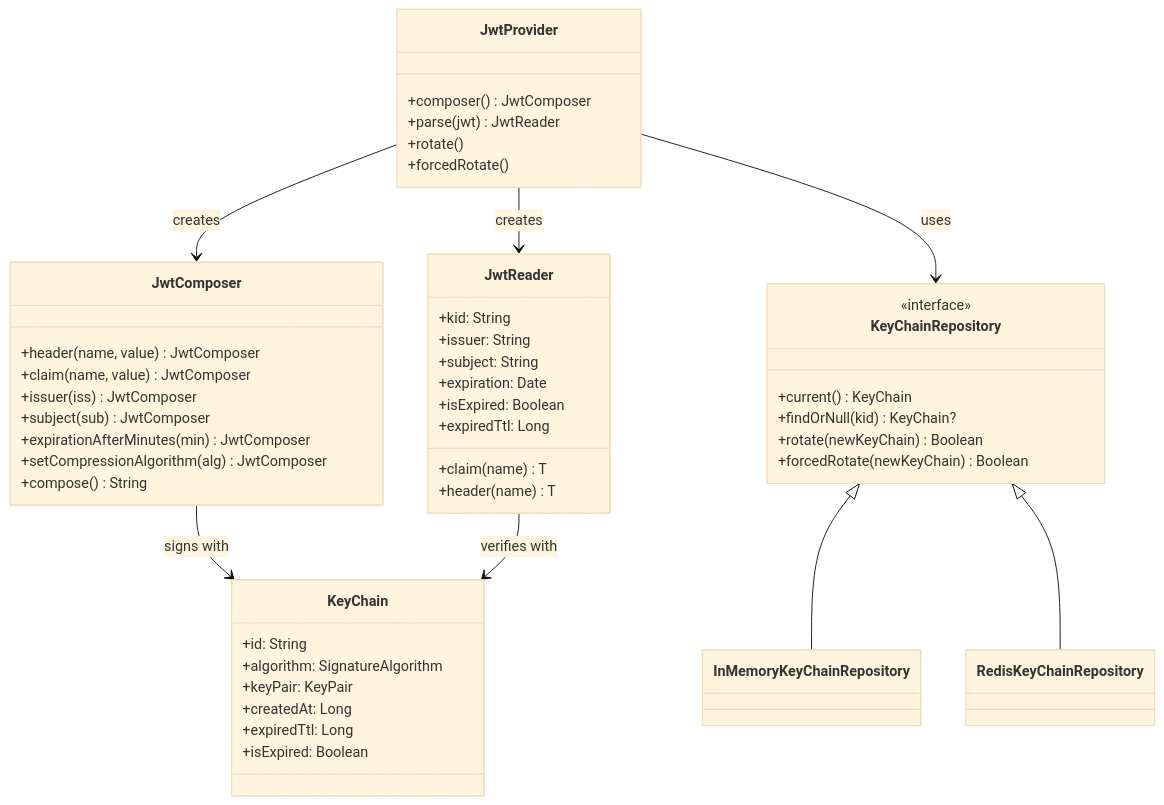
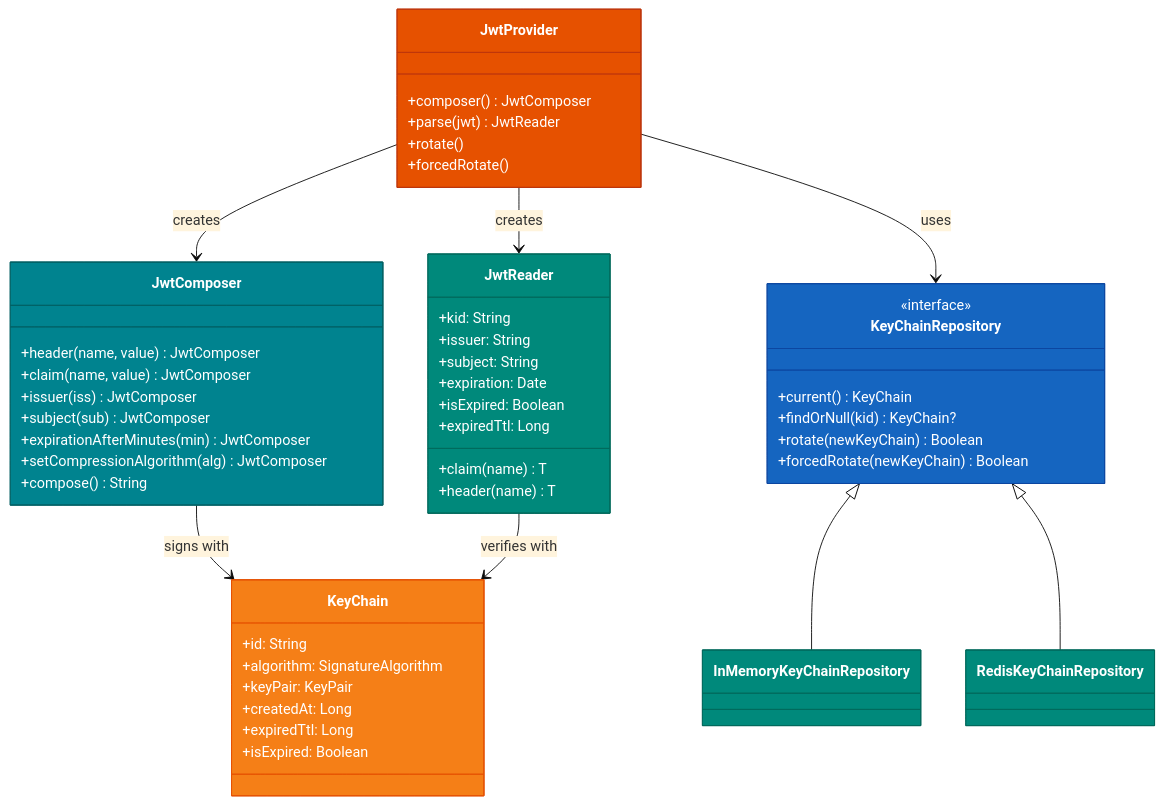
One commit to bluetape4k/bluetape4k-projects changed the second of 2 diagrams in utils/jwt/README.ko.md. Above: the diagram before and after it, drawn with Mermaid (base theme). The commit also changed other lines of this file and 221 other files, not shown here.

First line of the commit message:
docs: 전체 모듈 README UML 다이어그램 보강 및 색상 업그레이드

````diff
--- a/utils/jwt/README.ko.md
+++ b/utils/jwt/README.ko.md
@@ -49,53 +65,61 @@
 ```mermaid
 classDiagram
     class JwtProvider {
         +composer() JwtComposer
         +parse(jwt) JwtReader
         +rotate()
         +forcedRotate()
     }
     class JwtComposer {
         +header(name, value) JwtComposer
         +claim(name, value) JwtComposer
         +issuer(iss) JwtComposer
         +subject(sub) JwtComposer
         +expirationAfterMinutes(min) JwtComposer
         +setCompressionAlgorithm(alg) JwtComposer
         +compose() String
     }
     class JwtReader {
         +kid: String
         +issuer: String
         +subject: String
         +expiration: Date
         +isExpired: Boolean
         +expiredTtl: Long
         +claim(name) T
         +header(name) T
     }
     class KeyChain {
         +id: String
         +algorithm: SignatureAlgorithm
         +keyPair: KeyPair
         +createdAt: Long
         +expiredTtl: Long
         +isExpired: Boolean
     }
     class KeyChainRepository {
         <<interface>>
         +current() KeyChain
         +findOrNull(kid) KeyChain?
         +rotate(newKeyChain) Boolean
         +forcedRotate(newKeyChain) Boolean
     }
     class InMemoryKeyChainRepository
     class RedisKeyChainRepository
 
     JwtProvider --> JwtComposer : creates
     JwtProvider --> JwtReader : creates
     JwtProvider --> KeyChainRepository : uses
     JwtComposer --> KeyChain : signs with
     JwtReader --> KeyChain : verifies with
     KeyChainRepository <|-- InMemoryKeyChainRepository
     KeyChainRepository <|-- RedisKeyChainRepository
+
+    style JwtProvider fill:#E65100,stroke:#BF360C,color:#FFFFFF
+    style JwtComposer fill:#00838F,stroke:#006064,color:#FFFFFF
+    style JwtReader fill:#00897B,stroke:#00695C,color:#FFFFFF
+    style KeyChain fill:#F57F17,stroke:#E65100,color:#FFFFFF
+    style KeyChainRepository fill:#1565C0,stroke:#0D47A1,color:#FFFFFF
+    style InMemoryKeyChainRepository fill:#00897B,stroke:#00695C,color:#FFFFFF
+    style RedisKeyChainRepository fill:#00897B,stroke:#00695C,color:#FFFFFF
 ```
````
